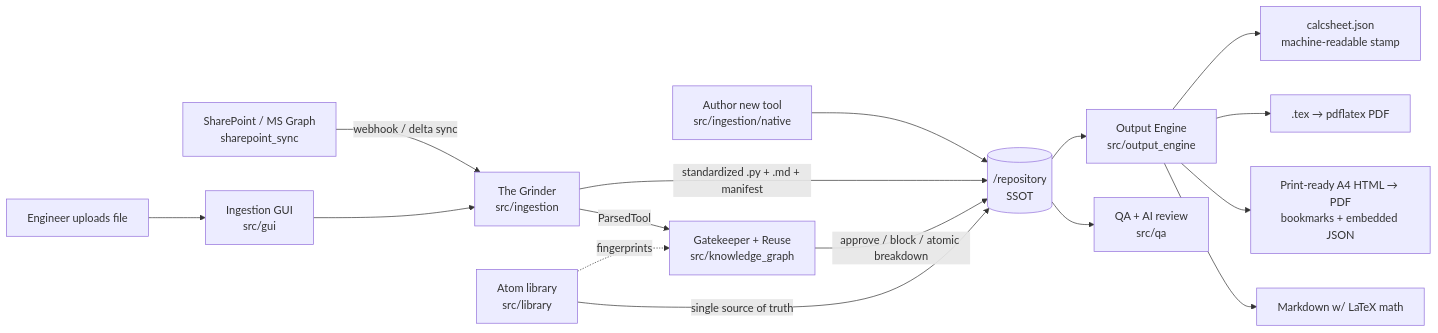
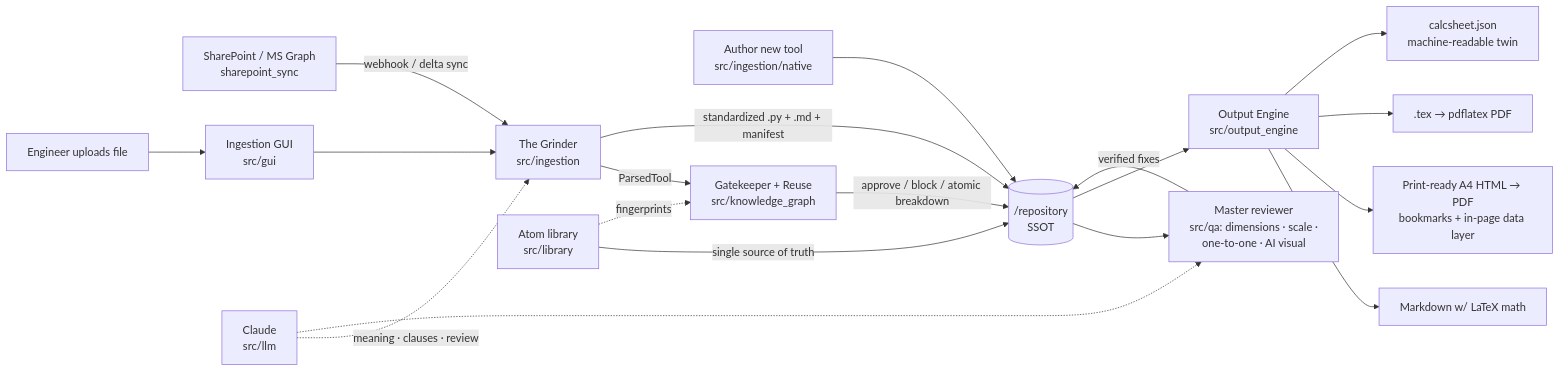
One commit to aeaa-ram/python-workshop-2024 changed the diagram in structural-ai-toolchain/docs/ARCHITECTURE.md. Above: the diagram before and after it, drawn with Mermaid. The commit also changed other lines of this file and 100 other files, not shown here.

````diff
--- a/structural-ai-toolchain/docs/ARCHITECTURE.md
+++ b/structural-ai-toolchain/docs/ARCHITECTURE.md
@@ -13,18 +13,21 @@
 ```mermaid
 flowchart LR
     SP[SharePoint / MS Graph<br/>sharepoint_sync] -->|webhook / delta sync| G
     U[Engineer uploads file] --> GUI[Ingestion GUI<br/>src/gui]
     GUI --> G
     NEW[Author new tool<br/>src/ingestion/native] --> REPO
     G["The Grinder<br/>src/ingestion"] -->|ParsedTool| KG
     KG["Gatekeeper + Reuse<br/>src/knowledge_graph"] -->|approve / block / atomic breakdown| REPO
     LIB[Atom library<br/>src/library] -->|single source of truth| REPO
     LIB -.fingerprints.-> KG
     G -->|standardized .py + .md + manifest| REPO[(/repository<br/>SSOT)]
-    REPO --> QA[QA + AI review<br/>src/qa]
+    REPO --> QA[Master reviewer<br/>src/qa: dimensions · scale ·<br/>one-to-one · AI visual]
+    QA -->|verified fixes| REPO
+    LLM[Claude<br/>src/llm] -.meaning · clauses · review.-> G
+    LLM -.-> QA
     REPO --> OE["Output Engine<br/>src/output_engine"]
     OE --> MD[Markdown w/ LaTeX math]
-    OE --> HTML[Print-ready A4 HTML → PDF<br/>bookmarks + embedded JSON]
+    OE --> HTML[Print-ready A4 HTML → PDF<br/>bookmarks + in-page data layer]
     OE --> TEX[.tex → pdflatex PDF]
-    OE --> JSON[calcsheet.json<br/>machine-readable stamp]
+    OE --> JSON[calcsheet.json<br/>machine-readable twin]
 ```
````
